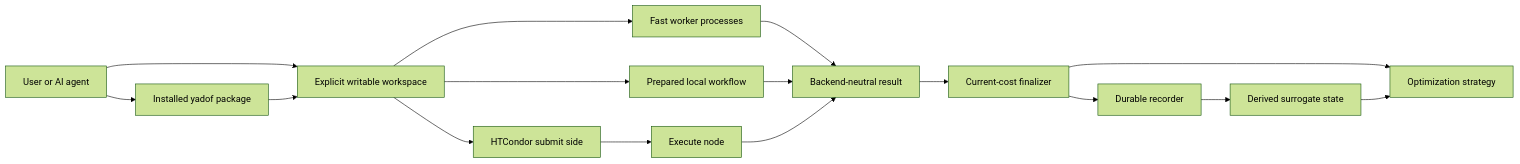
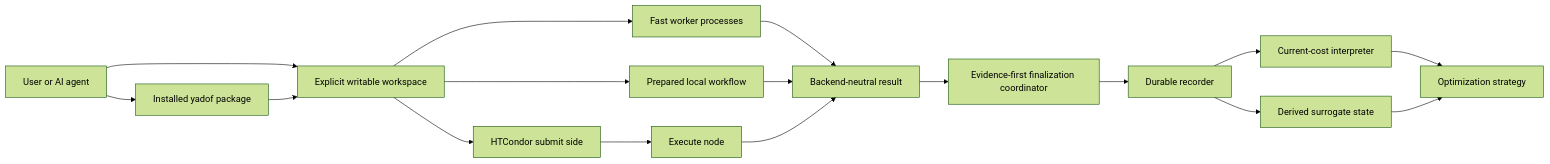
One commit to YS-Pan/yadof changed the diagram in dev_doc/architecture/c4_container.md. Above: the diagram before and after it, drawn with Mermaid (forest theme). The commit also changed other lines of this file and 31 other files, not shown here.

Commit message:
Preserve evidence before cost interpretation

````diff
--- a/dev_doc/architecture/c4_container.md
+++ b/dev_doc/architecture/c4_container.md
@@ -3,18 +3,19 @@
 ```mermaid
 flowchart LR
     User["User or AI agent"] --> Package["Installed yadof package"]
     User --> Workspace["Explicit writable workspace"]
     Package --> Workspace
     Workspace --> Fast["Fast worker processes"]
     Workspace --> Local["Prepared local workflow"]
     Workspace --> Submit["HTCondor submit side"]
     Submit --> Execute["Execute node"]
     Fast --> Result["Backend-neutral result"]
     Local --> Result
     Execute --> Result
-    Result --> Finalizer["Current-cost finalizer"]
+    Result --> Finalizer["Evidence-first finalization coordinator"]
     Finalizer --> Records["Durable recorder"]
-    Finalizer --> Strategy["Optimization strategy"]
+    Records --> Cost["Current-cost interpreter"]
+    Cost --> Strategy["Optimization strategy"]
     Records --> Surrogate["Derived surrogate state"]
     Surrogate --> Strategy
 ```
````
